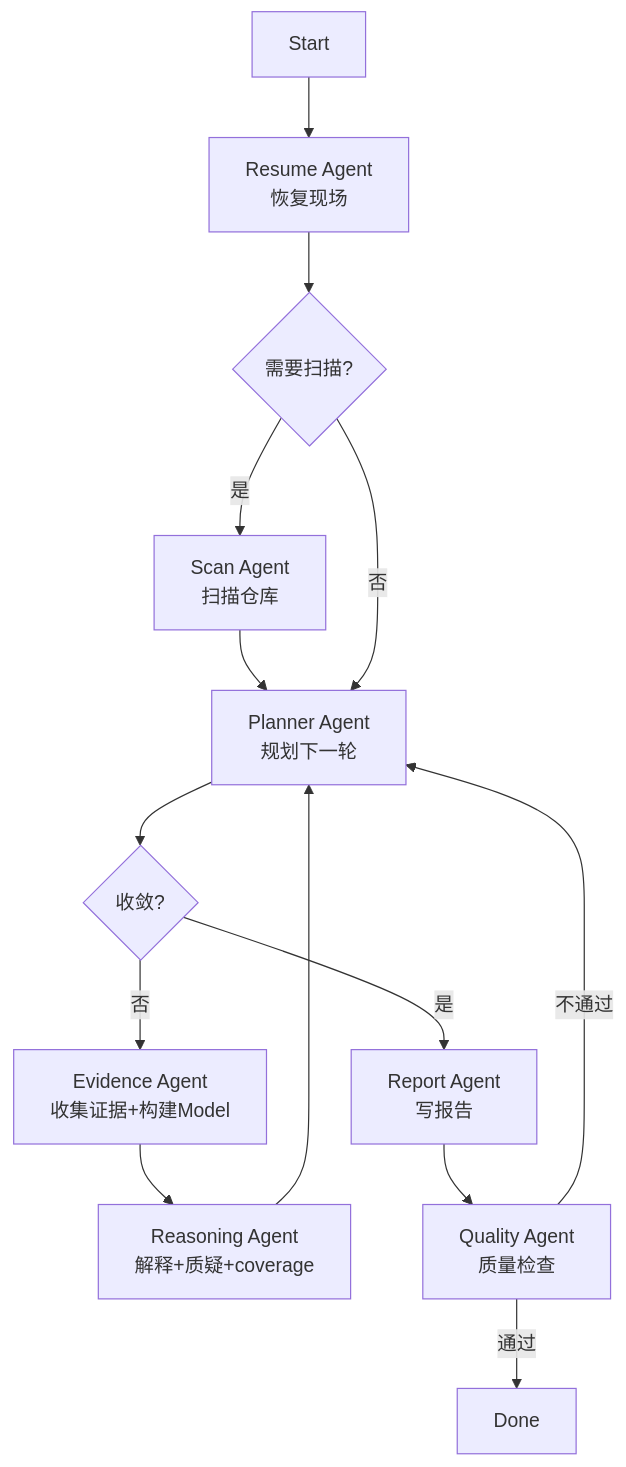
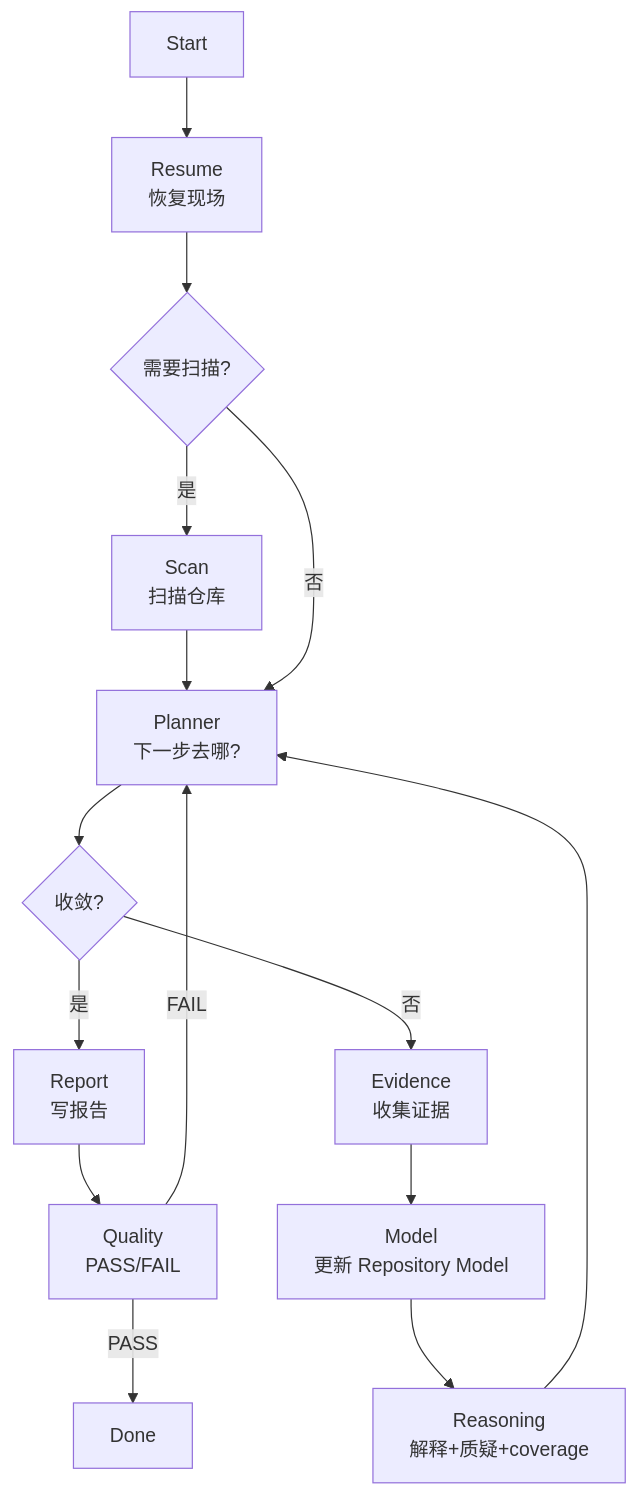
Before and after one commit to devweekly/devweekly.github.io: the diagram in .trae/skills/repo-research-v2/SKILL.md, drawn with Mermaid. The commit also changed other lines of this file and 10 other files, not shown here.

````diff
--- a/.trae/skills/repo-research-v2/SKILL.md
+++ b/.trae/skills/repo-research-v2/SKILL.md
@@ -18,16 +18,17 @@
 ```mermaid
 flowchart TD
-    Start[Start] --> Resume[Resume Agent<br>恢复现场]
+    Start[Start] --> Resume[Resume<br>恢复现场]
     Resume --> NeedScan{需要扫描?}
-    NeedScan -- 是 --> Scan[Scan Agent<br>扫描仓库]
+    NeedScan -- 是 --> Scan[Scan<br>扫描仓库]
     Scan --> Planner
-    NeedScan -- 否 --> Planner[Planner Agent<br>规划下一轮]
+    NeedScan -- 否 --> Planner[Planner<br>下一步去哪?]
     Planner --> Converged{收敛?}
-    Converged -- 是 --> Report[Report Agent<br>写报告]
-    Converged -- 否 --> Evidence[Evidence Agent<br>收集证据+构建Model]
-    Evidence --> Reasoning[Reasoning Agent<br>解释+质疑+coverage]
+    Converged -- 是 --> Report[Report<br>写报告]
+    Converged -- 否 --> Evidence[Evidence<br>收集证据]
+    Evidence --> Model[Model<br>更新 Repository Model]
+    Model --> Reasoning[Reasoning<br>解释+质疑+coverage]
     Reasoning --> Planner
-    Report --> Quality[Quality Agent<br>质量检查]
-    Quality -- 不通过 --> Planner
-    Quality -- 通过 --> Done[Done]
+    Report --> Quality[Quality<br>PASS/FAIL]
+    Quality -- FAIL --> Planner
+    Quality -- PASS --> Done[Done]
 ```
````
